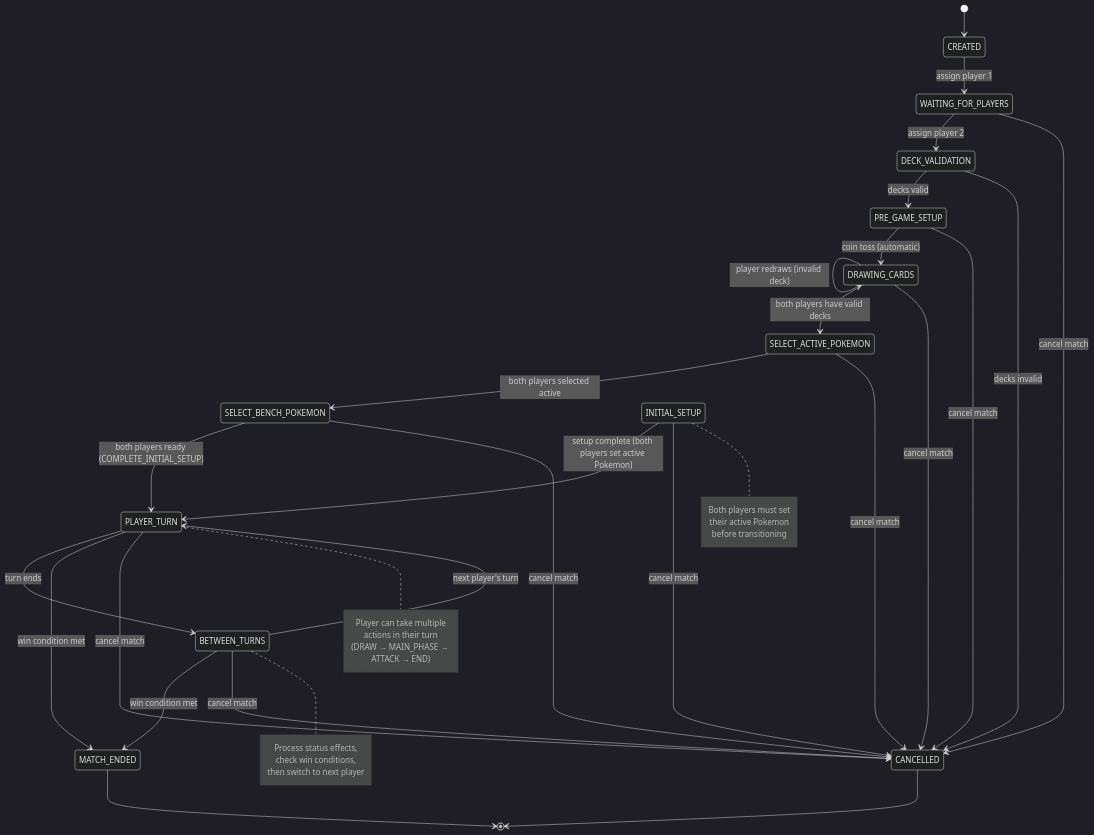
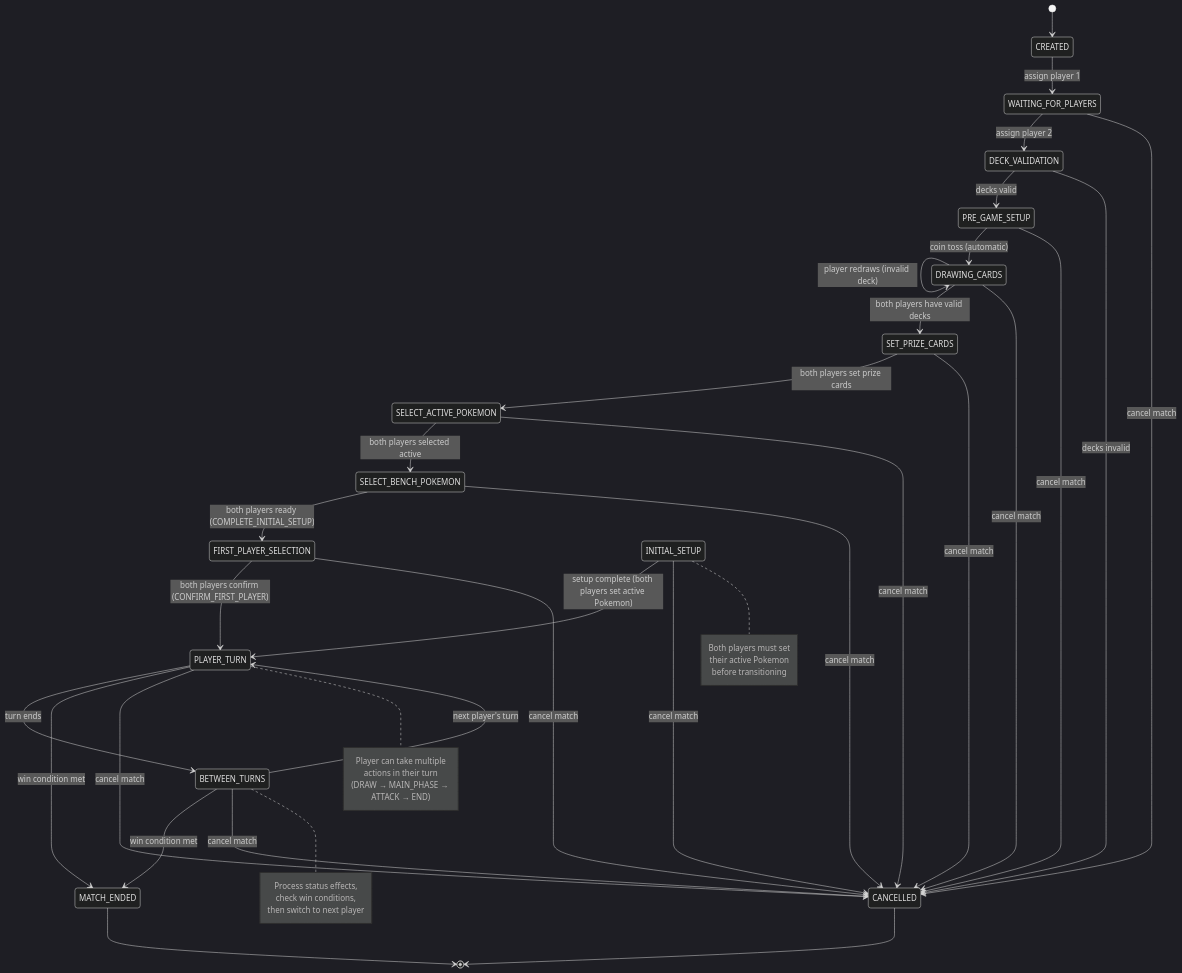
Before and after one commit to 3jesters/OpenTCG-Backend: the diagram in docs/MATCH-STATE-MACHINE-DIAGRAM.md, drawn with Mermaid (dark theme). The commit also changed other lines of this file and 20 other files, not shown here.

````diff
--- a/docs/MATCH-STATE-MACHINE-DIAGRAM.md
+++ b/docs/MATCH-STATE-MACHINE-DIAGRAM.md
@@ -7,57 +7,63 @@
 ```mermaid
 stateDiagram-v2
     [*] --> CREATED
     
     CREATED --> WAITING_FOR_PLAYERS: assign player 1
     
     WAITING_FOR_PLAYERS --> DECK_VALIDATION: assign player 2
     WAITING_FOR_PLAYERS --> CANCELLED: cancel match
     
     DECK_VALIDATION --> PRE_GAME_SETUP: decks valid
     DECK_VALIDATION --> CANCELLED: decks invalid
     
     PRE_GAME_SETUP --> DRAWING_CARDS: coin toss (automatic)
     PRE_GAME_SETUP --> CANCELLED: cancel match
     
     DRAWING_CARDS --> DRAWING_CARDS: player redraws (invalid deck)
-    DRAWING_CARDS --> SELECT_ACTIVE_POKEMON: both players have valid decks
+    DRAWING_CARDS --> SET_PRIZE_CARDS: both players have valid decks
     DRAWING_CARDS --> CANCELLED: cancel match
+    
+    SET_PRIZE_CARDS --> SELECT_ACTIVE_POKEMON: both players set prize cards
+    SET_PRIZE_CARDS --> CANCELLED: cancel match
     
     SELECT_ACTIVE_POKEMON --> SELECT_BENCH_POKEMON: both players selected active
     SELECT_ACTIVE_POKEMON --> CANCELLED: cancel match
     
-    SELECT_BENCH_POKEMON --> PLAYER_TURN: both players ready (COMPLETE_INITIAL_SETUP)
+    SELECT_BENCH_POKEMON --> FIRST_PLAYER_SELECTION: both players ready (COMPLETE_INITIAL_SETUP)
     SELECT_BENCH_POKEMON --> CANCELLED: cancel match
+    
+    FIRST_PLAYER_SELECTION --> PLAYER_TURN: both players confirm (CONFIRM_FIRST_PLAYER)
+    FIRST_PLAYER_SELECTION --> CANCELLED: cancel match
     
     INITIAL_SETUP --> PLAYER_TURN: setup complete (both players set active Pokemon)
     INITIAL_SETUP --> CANCELLED: cancel match
     
     PLAYER_TURN --> BETWEEN_TURNS: turn ends
     PLAYER_TURN --> MATCH_ENDED: win condition met
     PLAYER_TURN --> CANCELLED: cancel match
     
     BETWEEN_TURNS --> PLAYER_TURN: next player's turn
     BETWEEN_TURNS --> MATCH_ENDED: win condition met
     BETWEEN_TURNS --> CANCELLED: cancel match
     
     MATCH_ENDED --> [*]
     CANCELLED --> [*]
     
     note right of INITIAL_SETUP
         Both players must set
         their active Pokemon
         before transitioning
     end note
     
     note right of PLAYER_TURN
         Player can take multiple
         actions in their turn
         (DRAW → MAIN_PHASE → ATTACK → END)
     end note
     
     note right of BETWEEN_TURNS
         Process status effects,
         check win conditions,
         then switch to next player
     end note
 ```
````
